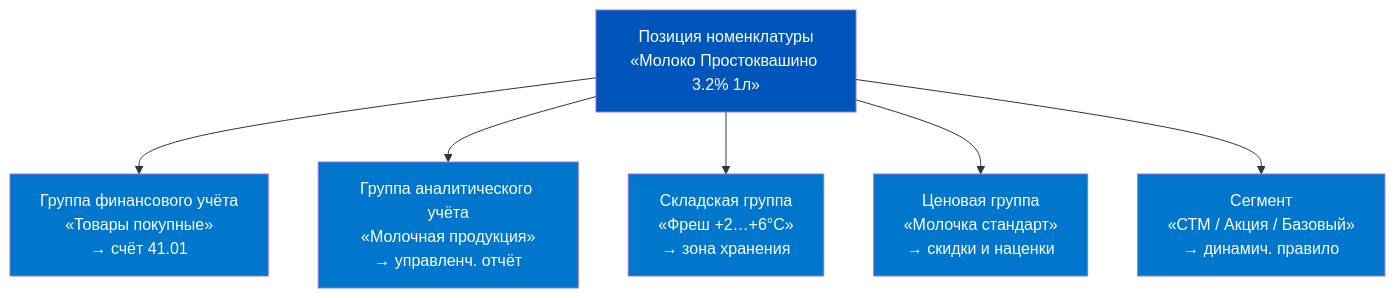
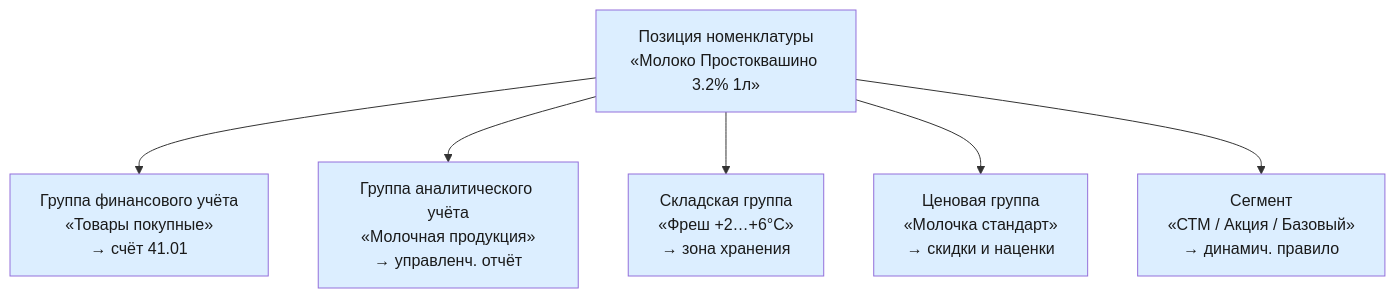
Before and after one commit to murad1986/1c-erp-quartz: the fourth of 7 diagrams in content/1c-erp/week_2/Неделя 2 - День 1 - Номенклатура.md, drawn with Mermaid. The commit also changed other lines of this file and 57 other files, not shown here.

First line of the commit message:
fix: Mermaid — пастельные цвета в источниках диаграмм (56 файлов)

````diff
--- a/content/1c-erp/week_2/Неделя 2 - День 1 - Номенклатура.md
+++ b/content/1c-erp/week_2/Неделя 2 - День 1 - Номенклатура.md
@@ -206,23 +206,23 @@
 ```mermaid
 graph TD
     NOM["Позиция номенклатуры<br/>«Молоко Простоквашино 3.2% 1л»"]
 
     GF["Группа финансового учёта<br/>«Товары покупные»<br/>→ счёт 41.01"]
     GA["Группа аналитического учёта<br/>«Молочная продукция»<br/>→ управленч. отчёт"]
     GS["Складская группа<br/>«Фреш +2…+6°C»<br/>→ зона хранения"]
     GP["Ценовая группа<br/>«Молочка стандарт»<br/>→ скидки и наценки"]
     SEG["Сегмент<br/>«СТМ / Акция / Базовый»<br/>→ динамич. правило"]
 
     NOM --> GF
     NOM --> GA
     NOM --> GS
     NOM --> GP
     NOM --> SEG
 
-    style NOM fill:#0055BB,color:#fff
-    style GF fill:#0077CC,color:#fff
-    style GA fill:#0077CC,color:#fff
-    style GS fill:#0077CC,color:#fff
-    style GP fill:#0077CC,color:#fff
-    style SEG fill:#0077CC,color:#fff
+    style NOM fill:#dceeff,color:#1a1a1a
+    style GF fill:#dceeff,color:#1a1a1a
+    style GA fill:#dceeff,color:#1a1a1a
+    style GS fill:#dceeff,color:#1a1a1a
+    style GP fill:#dceeff,color:#1a1a1a
+    style SEG fill:#dceeff,color:#1a1a1a
 ```
````
